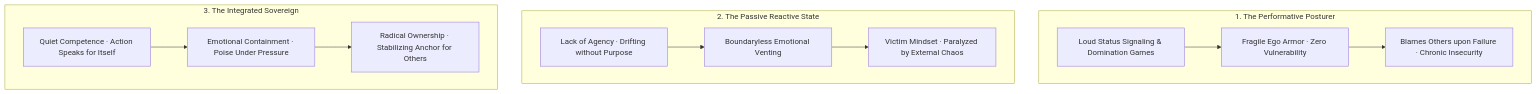
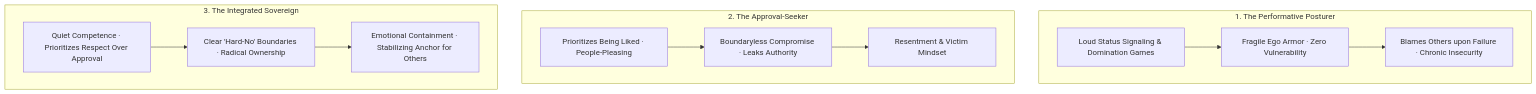
One commit to vs00918/aravalli changed the first of 3 diagrams in knowledge-tree/nodes/chapter-39-the-architecture-of-integrated-strength.md. Above: the diagram before and after it, drawn with Mermaid. The commit also changed other lines of this file and 8 other files, not shown here.

Commit message:
feat(banking-ca): deploy golden magazine architecture with p1 comprehension layer

````diff
--- a/knowledge-tree/nodes/chapter-39-the-architecture-of-integrated-strength.md
+++ b/knowledge-tree/nodes/chapter-39-the-architecture-of-integrated-strength.md
@@ -17,20 +17,20 @@
 ```mermaid
 graph TD
     subgraph 1. The Performative Posturer
         P1[Loud Status Signaling & Domination Games]
         --> P2[Fragile Ego Armor · Zero Vulnerability]
         --> P3[Blames Others upon Failure · Chronic Insecurity]
     end
 
-    subgraph 2. The Passive Reactive State
-        R1[Lack of Agency · Drifting without Purpose]
-        --> R2[Boundaryless Emotional Venting]
-        --> R3[Victim Mindset · Paralyzed by External Chaos]
+    subgraph 2. The Approval-Seeker
+        R1[Prioritizes Being Liked · People-Pleasing]
+        --> R2[Boundaryless Compromise · Leaks Authority]
+        --> R3[Resentment & Victim Mindset]
     end
 
     subgraph 3. The Integrated Sovereign
-        I1[Quiet Competence · Action Speaks for Itself]
-        --> I2[Emotional Containment · Poise Under Pressure]
-        --> I3[Radical Ownership · Stabilizing Anchor for Others]
+        I1[Quiet Competence · Prioritizes Respect Over Approval]
+        --> I2[Clear 'Hard-No' Boundaries · Radical Ownership]
+        --> I3[Emotional Containment · Stabilizing Anchor for Others]
     end
 ```
````
